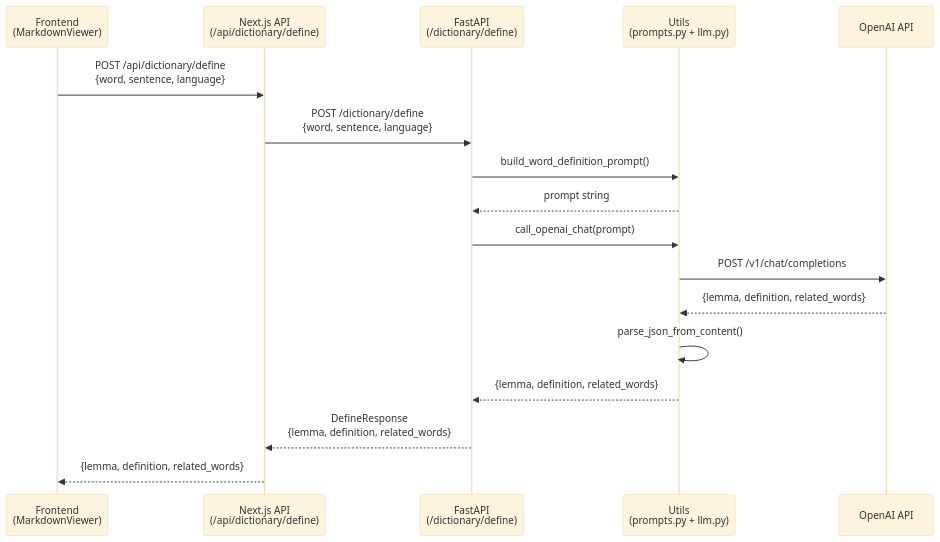
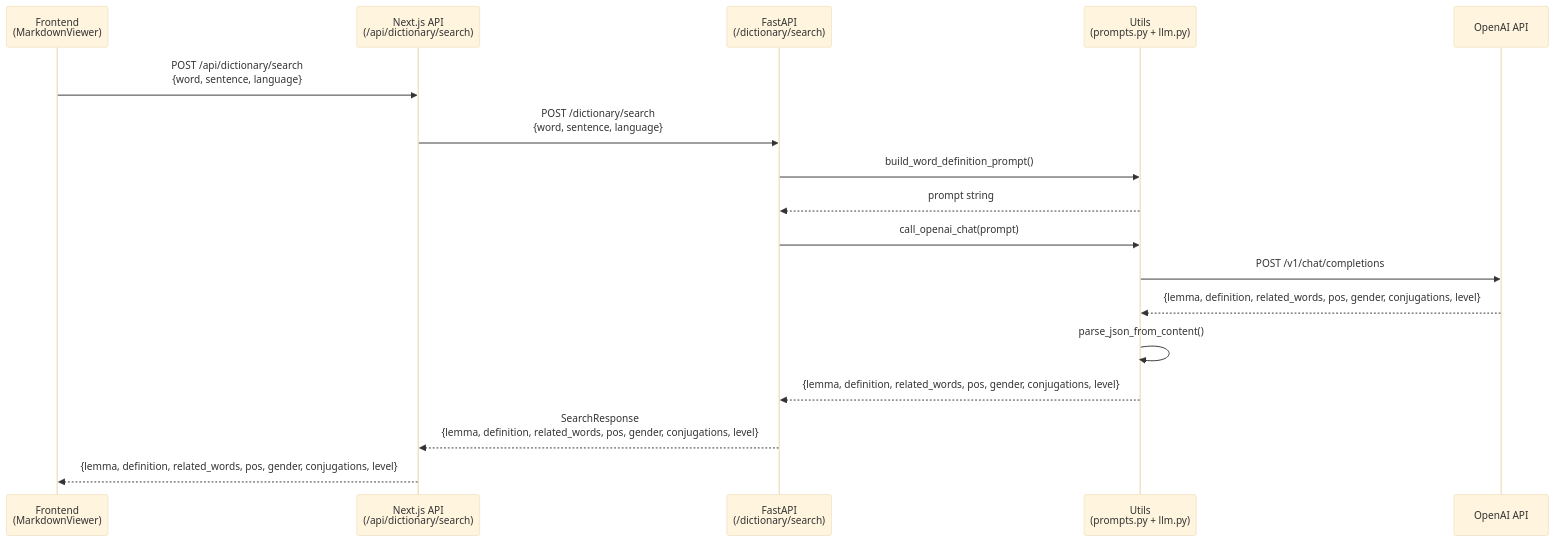
Before and after one commit to seung-gu/opad: the third of 3 diagrams in docs/ARCHITECTURE.md, drawn with Mermaid (base theme). The commit also changed other lines of this file and 5 other files, not shown here.

````diff
--- a/docs/ARCHITECTURE.md
+++ b/docs/ARCHITECTURE.md
@@ -450,23 +475,23 @@
 ```mermaid
 sequenceDiagram
     participant Frontend as Frontend<br/>(MarkdownViewer)
-    participant NextAPI as Next.js API<br/>(/api/dictionary/define)
-    participant FastAPI as FastAPI<br/>(/dictionary/define)
+    participant NextAPI as Next.js API<br/>(/api/dictionary/search)
+    participant FastAPI as FastAPI<br/>(/dictionary/search)
     participant Utils as Utils<br/>(prompts.py + llm.py)
     participant OpenAI as OpenAI API
     
-    Frontend->>NextAPI: POST /api/dictionary/define<br/>{word, sentence, language}
-    NextAPI->>FastAPI: POST /dictionary/define<br/>{word, sentence, language}
-    
+    Frontend->>NextAPI: POST /api/dictionary/search<br/>{word, sentence, language}
+    NextAPI->>FastAPI: POST /dictionary/search<br/>{word, sentence, language}
+
     FastAPI->>Utils: build_word_definition_prompt()
     Utils-->>FastAPI: prompt string
-    
+
     FastAPI->>Utils: call_openai_chat(prompt)
     Utils->>OpenAI: POST /v1/chat/completions
-    OpenAI-->>Utils: {lemma, definition, related_words}
+    OpenAI-->>Utils: {lemma, definition, related_words, pos, gender, conjugations, level}
     Utils->>Utils: parse_json_from_content()
-    Utils-->>FastAPI: {lemma, definition, related_words}
-    
-    FastAPI-->>NextAPI: DefineResponse<br/>{lemma, definition, related_words}
-    NextAPI-->>Frontend: {lemma, definition, related_words}
+    Utils-->>FastAPI: {lemma, definition, related_words, pos, gender, conjugations, level}
+
+    FastAPI-->>NextAPI: SearchResponse<br/>{lemma, definition, related_words, pos, gender, conjugations, level}
+    NextAPI-->>Frontend: {lemma, definition, related_words, pos, gender, conjugations, level}
 ```
````
